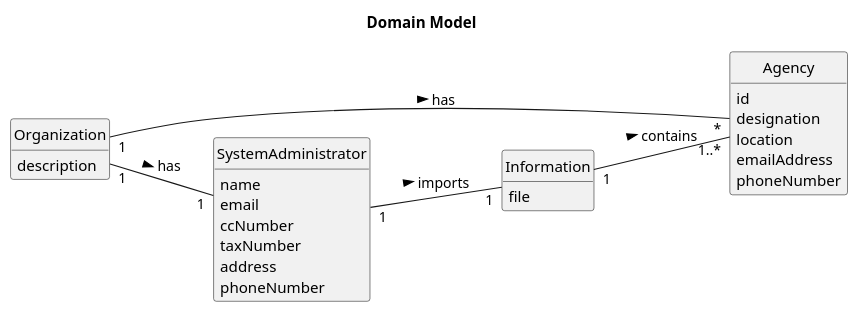
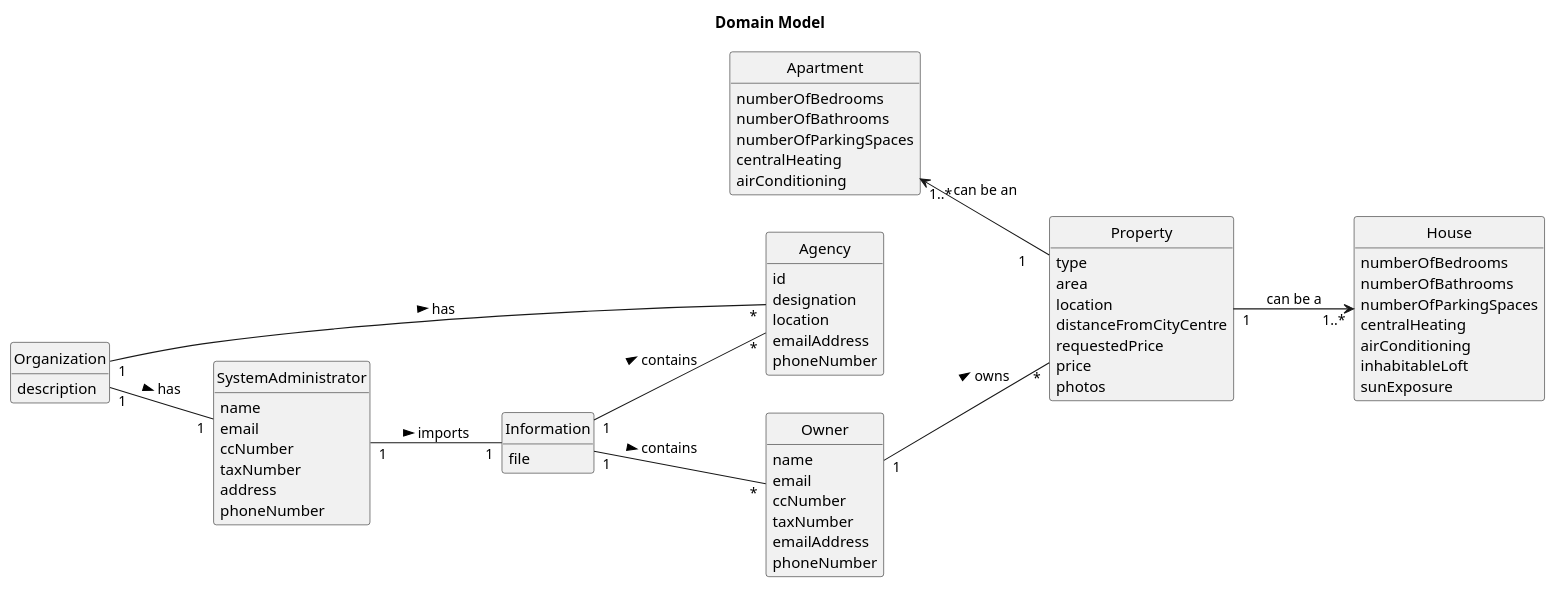
Before and after one commit to Rodrick0209/ISEP-LAPR2-22-23: the diagram in docs/Sprint-C/US012/02.analysis/puml/us012-domain-model.puml, drawn with PlantUML. The commit also changed 1 other file, not shown here.

```diff
--- a/docs/Sprint-C/US012/02.analysis/puml/us012-domain-model.puml
+++ b/docs/Sprint-C/US012/02.analysis/puml/us012-domain-model.puml
@@ -1,44 +1,85 @@
 @startuml
 skinparam monochrome true
 skinparam packageStyle rectangle
 skinparam shadowing false
 
 left to right direction
 
 skinparam classAttributeIconSize 0
 
 hide circle
 hide methods
 
 title Domain Model
 
 class Organization {
     description
 }
 
 class Information {
     file
 }
 
 class Agency {
     id
     designation
     location
     emailAddress
     phoneNumber
 }
 
+class Owner {
+    name
+    email
+    ccNumber
+    taxNumber
+    emailAddress
+    phoneNumber
+}
+
+class Property  {
+    type
+    area
+    location
+    distanceFromCityCentre
+    requestedPrice
+    price
+    photos
+}
+
+class Apartment{
+    numberOfBedrooms
+    numberOfBathrooms
+    numberOfParkingSpaces
+    centralHeating
+    airConditioning
+}
+
+class House{
+    numberOfBedrooms
+    numberOfBathrooms
+    numberOfParkingSpaces
+    centralHeating
+    airConditioning
+    inhabitableLoft
+    sunExposure
+}
+
 class SystemAdministrator {
     name
     email
     ccNumber
     taxNumber
     address
     phoneNumber
 }
 
 Organization "1" - "*" Agency : has >
 Organization "1" -- "1" SystemAdministrator : has >
 SystemAdministrator "1" -- "1" Information: imports >
-Information "1" -- "1..*" Agency: contains >
+Information "1" -- "*" Agency: contains >
+Information "1" -- "*" Owner: contains >
+Owner "1" -- "*" Property: owns >
+Property "1"-D-> "1..*" House :  can be a
+Property "1    "-U-> "1..* " Apartment :  can be an
 @enduml
```
